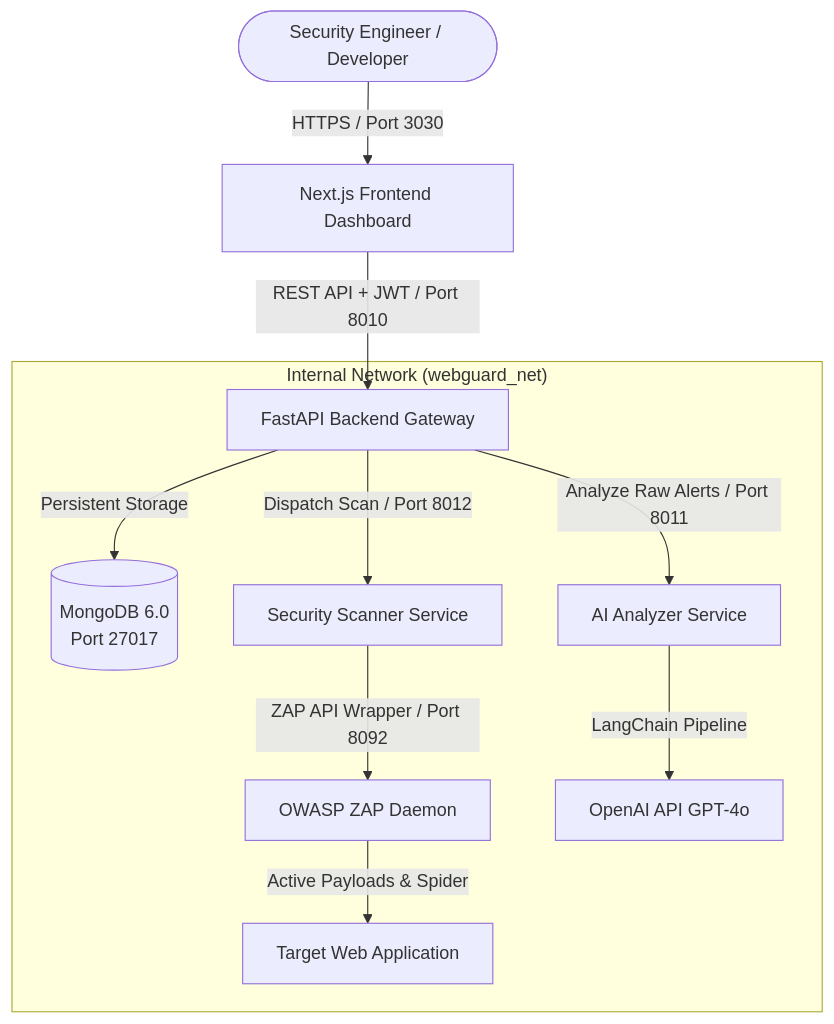
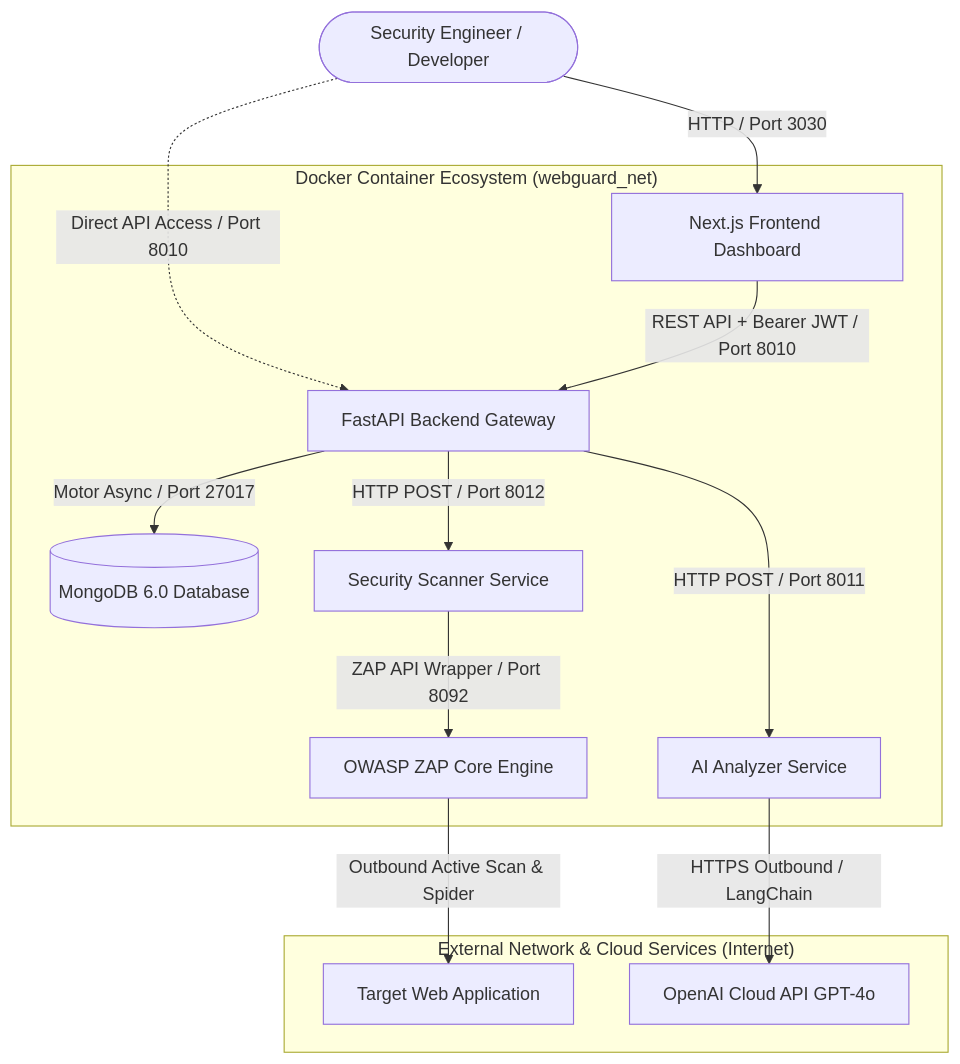
Before and after one commit to Ammar-1993/WebGuard-AI: the diagram in README.md, drawn with Mermaid. The commit also changed other lines of this file, not shown here.

Commit message:
docs: update architecture and sequence diagrams in README

````diff
--- a/README.md
+++ b/README.md
@@ -50,15 +50,20 @@
 ```mermaid
-graph TD
-    User([Security Engineer / Developer]) -->|HTTPS / Port 3030| Frontend[Next.js Frontend Dashboard]
-    Frontend -->|REST API + JWT / Port 8010| Backend[FastAPI Backend Gateway]
-    
-    subgraph "Internal Network (webguard_net)"
-        Backend -->|Persistent Storage| MongoDB[(MongoDB 6.0\nPort 27017)]
-        Backend -->|Dispatch Scan / Port 8012| ScannerAPI[Security Scanner Service]
-        ScannerAPI -->|ZAP API Wrapper / Port 8092| ZAPEngine[OWASP ZAP Daemon]
-        ZAPEngine -->|Active Payloads & Spider| TargetWebsite[Target Web Application]
+graph TB
+    User([Security Engineer / Developer]) -->|HTTP / Port 3030| Frontend[Next.js Frontend Dashboard]
+    User -.->|Direct API Access / Port 8010| Backend[FastAPI Backend Gateway]
+
+    subgraph DockerNet ["Docker Container Ecosystem (webguard_net)"]
+        Frontend -->|REST API + Bearer JWT / Port 8010| Backend
         
-        Backend -->|Analyze Raw Alerts / Port 8011| AIAnalyzer[AI Analyzer Service]
-        AIAnalyzer -->|LangChain Pipeline| OpenAIAPI[OpenAI API GPT-4o]
+        Backend -->|Motor Async / Port 27017| MongoDB[(MongoDB 6.0 Database)]
+        Backend -->|HTTP POST / Port 8012| ScannerAPI[Security Scanner Service]
+        ScannerAPI -->|ZAP API Wrapper / Port 8092| ZAPEngine[OWASP ZAP Core Engine]
+        
+        Backend -->|HTTP POST / Port 8011| AIAnalyzer[AI Analyzer Service]
+    end
+
+    subgraph External ["External Network & Cloud Services (Internet)"]
+        ZAPEngine -->|Outbound Active Scan & Spider| TargetWebsite[Target Web Application]
+        AIAnalyzer -->|HTTPS Outbound / LangChain| OpenAIAPI[OpenAI Cloud API GPT-4o]
     end
 ```
````
